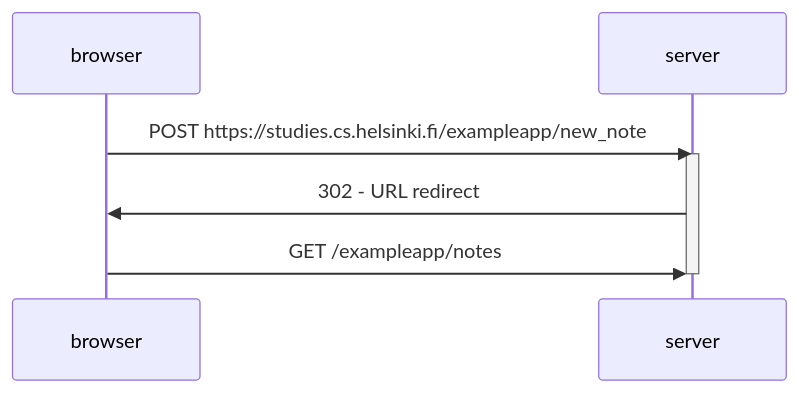
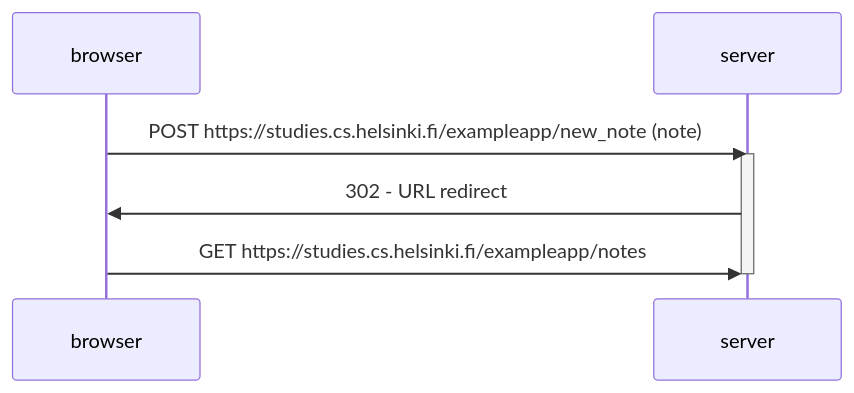
One commit to ProspektsMarch22/fullstackopen changed the diagram in part0/0_4/new_note.md. Above: the diagram before and after it, drawn with Mermaid.

Commit message:
updates url info

````diff
--- a/part0/0_4/new_note.md
+++ b/part0/0_4/new_note.md
@@ -1,11 +1,11 @@
 ```mermaid
     sequenceDiagram
       participant browser
       participant server
 
-      browser->>server: POST https://studies.cs.helsinki.fi/exampleapp/new_note
+      browser->>server: POST https://studies.cs.helsinki.fi/exampleapp/new_note (note)
       activate server
       server->>browser: 302 - URL redirect
-      browser->>server: GET /exampleapp/notes
+      browser->>server: GET https://studies.cs.helsinki.fi/exampleapp/notes
       deactivate server
 ```
````
